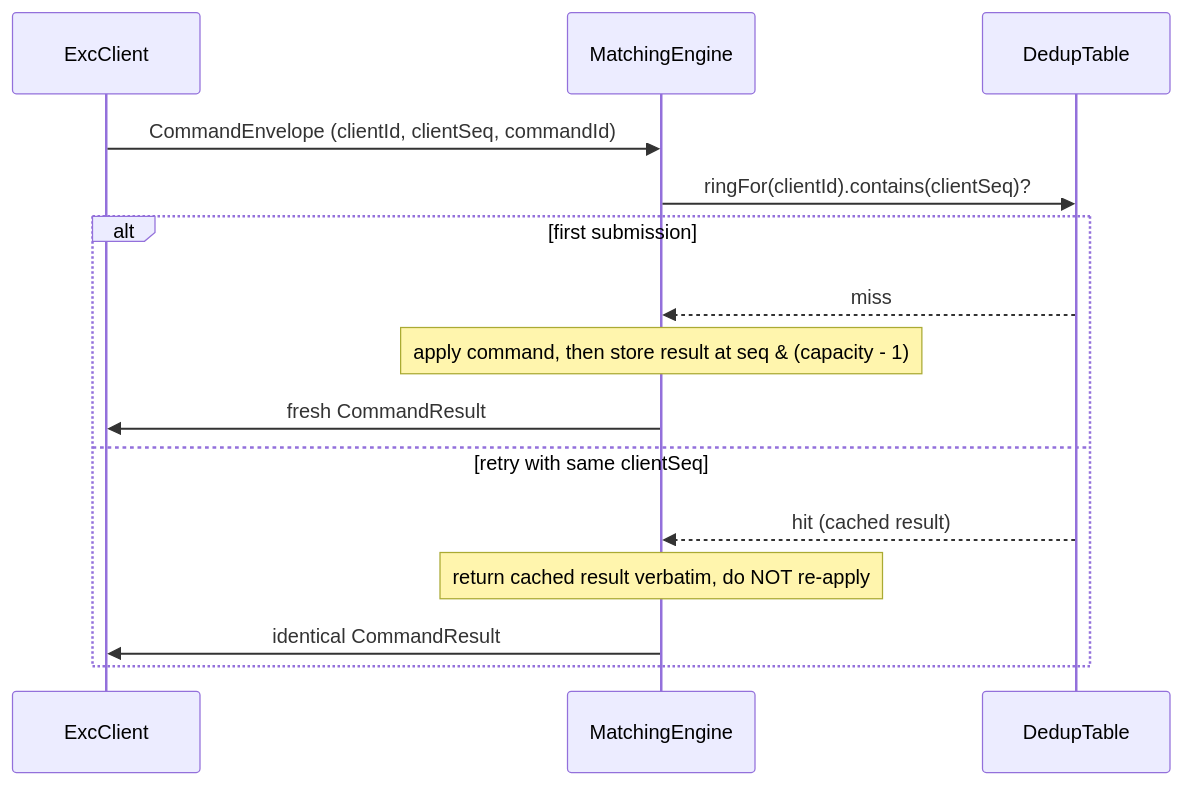
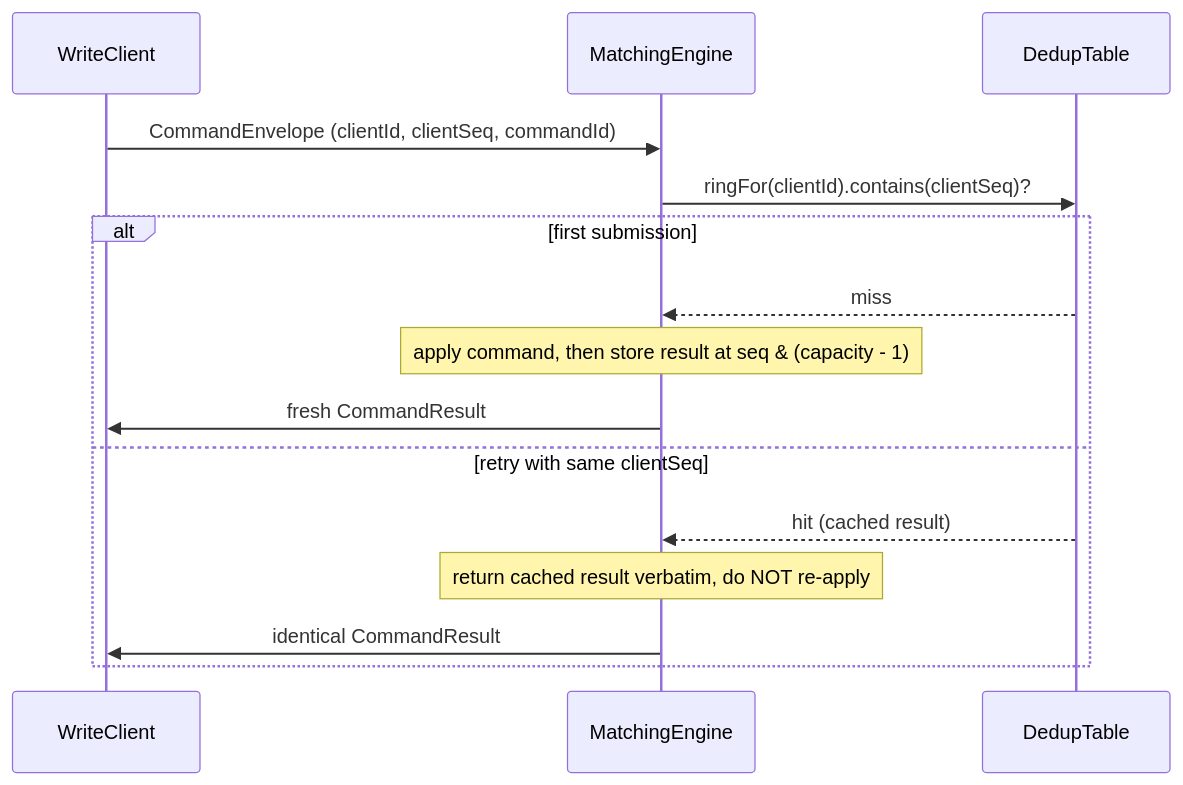
The fourth of 10 diagrams in docs/ARCHITECTURE.md (brianpht/excoredum), drawn with Mermaid before and after one commit. The commit also changed other lines of this file and 60 other files, not shown here.

````diff
--- a/docs/ARCHITECTURE.md
+++ b/docs/ARCHITECTURE.md
@@ -878,18 +878,18 @@
 ```mermaid
 sequenceDiagram
-    participant C as ExcClient
+    participant C as WriteClient
     participant ME as MatchingEngine
     participant DT as DedupTable
 
     C ->> ME: CommandEnvelope (clientId, clientSeq, commandId)
     ME ->> DT: ringFor(clientId).contains(clientSeq)?
     alt first submission
         DT -->> ME: miss
         Note over ME: apply command, then store result at seq & (capacity - 1)
         ME ->> C: fresh CommandResult
     else retry with same clientSeq
         DT -->> ME: hit (cached result)
         Note over ME: return cached result verbatim, do NOT re-apply
         ME ->> C: identical CommandResult
     end
 ```
````
